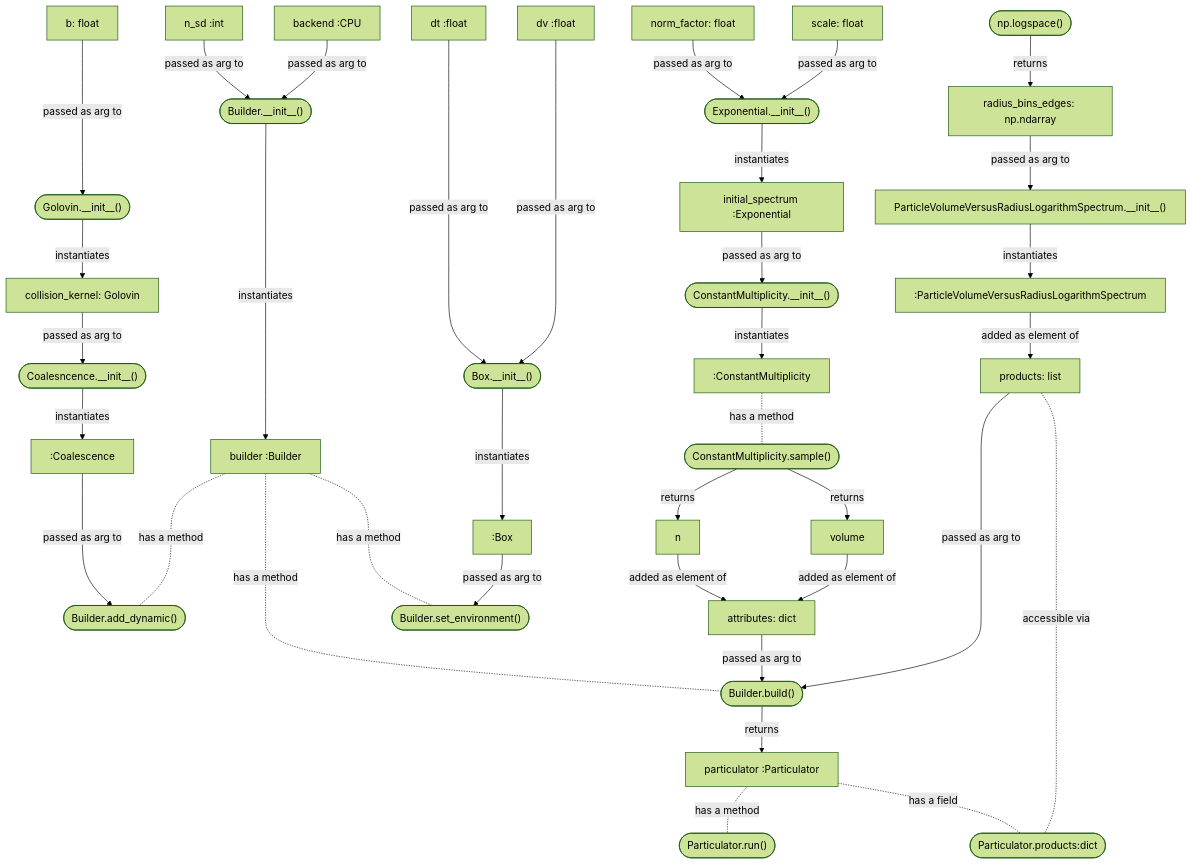
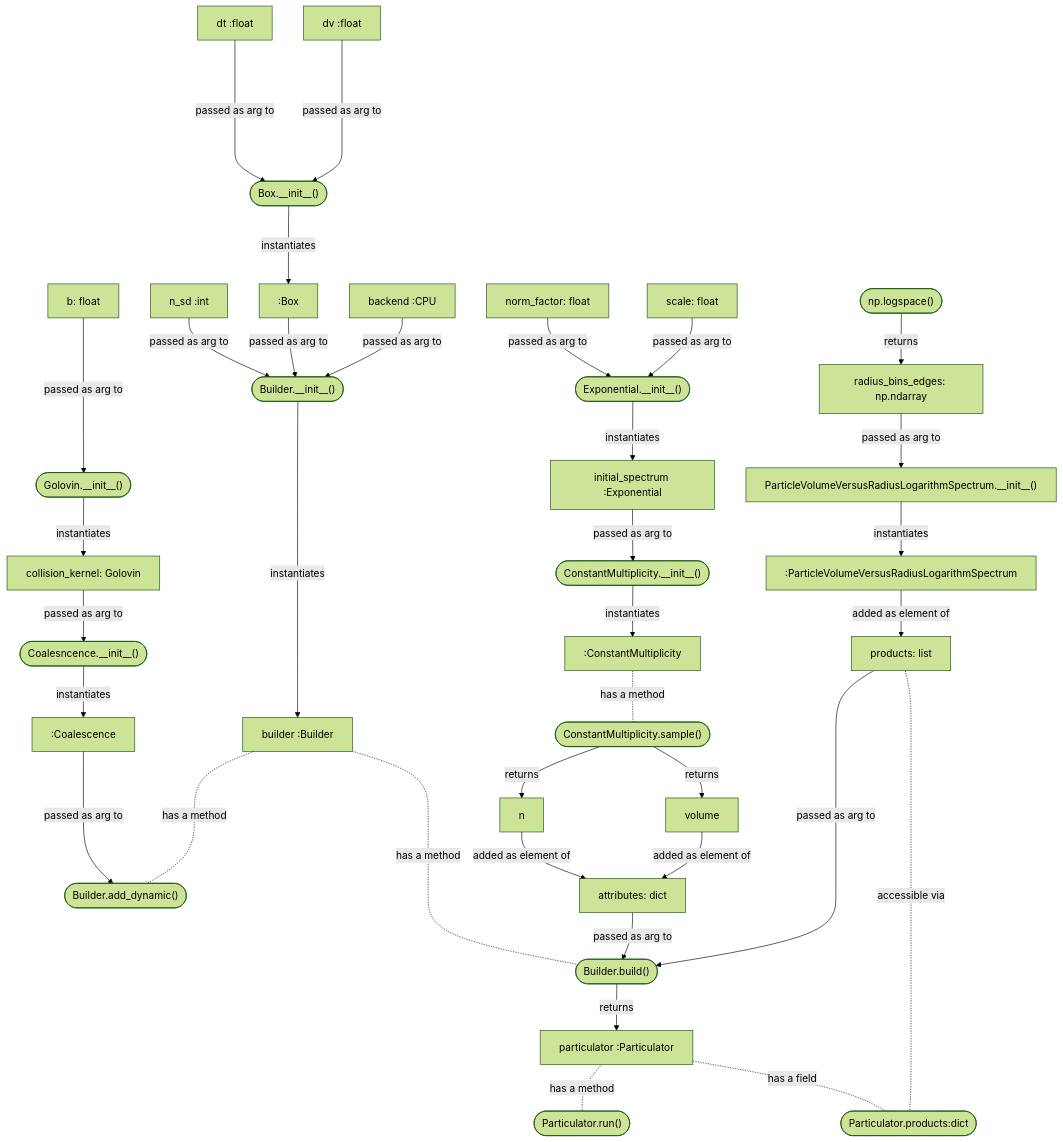
Before and after one commit to open-atmos/PySDM: the second of 2 diagrams in README.md, drawn with Mermaid (forest theme). The commit also changed other lines of this file and 47 other files, not shown here.

Commit message:
Pass env to Builder constructor

````diff
--- a/README.md
+++ b/README.md
@@ -385,59 +385,57 @@
 ```mermaid
  graph
     COAL[":Coalescence"] --->|passed as arg to| BUILDER_ADD_DYN(["Builder.add_dynamic()"])
     BUILDER_INSTANCE["builder :Builder"] -...-|has a method| BUILDER_BUILD(["Builder.build()"])
     ATTRIBUTES[attributes: dict] -->|passed as arg to| BUILDER_BUILD
     N_SD["n_sd :int"] -->|passed as arg to| BUILDER_INIT
-    BUILDER_INSTANCE -..-|has a method| BUILDER_SET_ENV(["Builder.set_environment()"])
     BUILDER_INIT(["Builder.__init__()"]) ----->|instantiates| BUILDER_INSTANCE
     BUILDER_INSTANCE -..-|has a method| BUILDER_ADD_DYN(["Builder.add_dynamic()"])
     ENV_INIT(["Box.__init__()"]) --->|instantiates| ENV
     DT[dt :float] ----->|passed as arg to| ENV_INIT
     DV[dv :float] ----->|passed as arg to| ENV_INIT
-    ENV[":Box"] -->|passed as arg to| BUILDER_SET_ENV
+    ENV[":Box"] -->|passed as arg to| BUILDER_INIT
     B["b: float"] --->|passed as arg to| KERNEL_INIT(["Golovin.__init__()"])
     KERNEL_INIT -->|instantiates| KERNEL
     KERNEL[collision_kernel: Golovin] -->|passed as arg to| COAL_INIT(["Coalesncence.__init__()"])
     COAL_INIT -->|instantiates| COAL
     PRODUCTS[products: list] ----->|passed as arg to| BUILDER_BUILD
     NORM_FACTOR[norm_factor: float]-->|passed as arg to| EXP_INIT
     SCALE[scale: float]-->|passed as arg to| EXP_INIT
     EXP_INIT(["Exponential.__init__()"]) -->|instantiates| IS
     IS["initial_spectrum :Exponential"] -->|passed as arg to| CM_INIT
     CM_INIT(["ConstantMultiplicity.__init__()"]) -->|instantiates| CM_INSTANCE
     CM_INSTANCE[":ConstantMultiplicity"] -.-|has a method| SAMPLE
     SAMPLE(["ConstantMultiplicity.sample()"]) -->|returns| n
     SAMPLE -->|returns| volume
     n -->|added as element of| ATTRIBUTES
     PARTICULATOR_INSTANCE -.-|has a method| PARTICULATOR_RUN(["Particulator.run()"])
     volume -->|added as element of| ATTRIBUTES
     BUILDER_BUILD -->|returns| PARTICULATOR_INSTANCE["particulator :Particulator"]
     PARTICULATOR_INSTANCE -.-|has a field| PARTICULATOR_PROD(["Particulator.products:dict"])
     BACKEND_INSTANCE["backend :CPU"] -->|passed as arg to| BUILDER_INIT
     PRODUCTS -.-|accessible via| PARTICULATOR_PROD
     NP_LOGSPACE(["np.logspace()"]) -->|returns| EDGES 
     EDGES[radius_bins_edges: np.ndarray] -->|passed as arg to| SPECTRUM_INIT
     SPECTRUM_INIT["ParticleVolumeVersusRadiusLogarithmSpectrum.__init__()"] -->|instantiates| SPECTRUM
     SPECTRUM[":ParticleVolumeVersusRadiusLogarithmSpectrum"] -->|added as element of| PRODUCTS
 
     click COAL "https://open-atmos.github.io/PySDM/PySDM/dynamics/collisions/collision.html"
     click BUILDER_INSTANCE "https://open-atmos.github.io/PySDM/PySDM/builder.html"
     click BUILDER_INIT "https://open-atmos.github.io/PySDM/PySDM/builder.html"
     click BUILDER_ADD_DYN "https://open-atmos.github.io/PySDM/PySDM/builder.html"
-    click BUILDER_SET_ENV "https://open-atmos.github.io/PySDM/PySDM/builder.html"
     click ENV_INIT "https://open-atmos.github.io/PySDM/PySDM/environments/index.html"
     click ENV "https://open-atmos.github.io/PySDM/PySDM/environments/index.html"
     click KERNEL_INIT "https://open-atmos.github.io/PySDM/PySDM/dynamics/collisions/collision_kernels/index.html"
     click KERNEL "https://open-atmos.github.io/PySDM/PySDM/dynamics/collisions/collision_kernels/index.html"
     click EXP_INIT "https://open-atmos.github.io/PySDM/PySDM/initialisation/spectra/index.html"
     click IS "https://open-atmos.github.io/PySDM/PySDM/initialisation/spectra/index.html"
     click CM_INIT "https://open-atmos.github.io/PySDM/PySDM/initialisation/sampling/spectral_sampling.html"
     click CM_INSTANCE "https://open-atmos.github.io/PySDM/PySDM/initialisation/sampling/spectral_sampling.html"
     click SAMPLE "https://open-atmos.github.io/PySDM/PySDM/initialisation/sampling/spectral_sampling.html"
     click PARTICULATOR_INSTANCE "https://open-atmos.github.io/PySDM/PySDM/particulator.html"
     click BACKEND_INSTANCE "https://open-atmos.github.io/PySDM/PySDM/backends/numba.html"
     click BUILDER_BUILD "https://open-atmos.github.io/PySDM/PySDM/builder.html"
     click NP_LOGSPACE "https://numpy.org/doc/stable/reference/generated/numpy.logspace.html"
     click SPECTRUM_INIT "https://open-atmos.github.io/PySDM/PySDM/products/size_spectral/particle_volume_versus_radius_logarithm_spectrum.html"
     click SPECTRUM "https://open-atmos.github.io/PySDM/PySDM/products/size_spectral/particle_volume_versus_radius_logarithm_spectrum.html"
 ```
````
